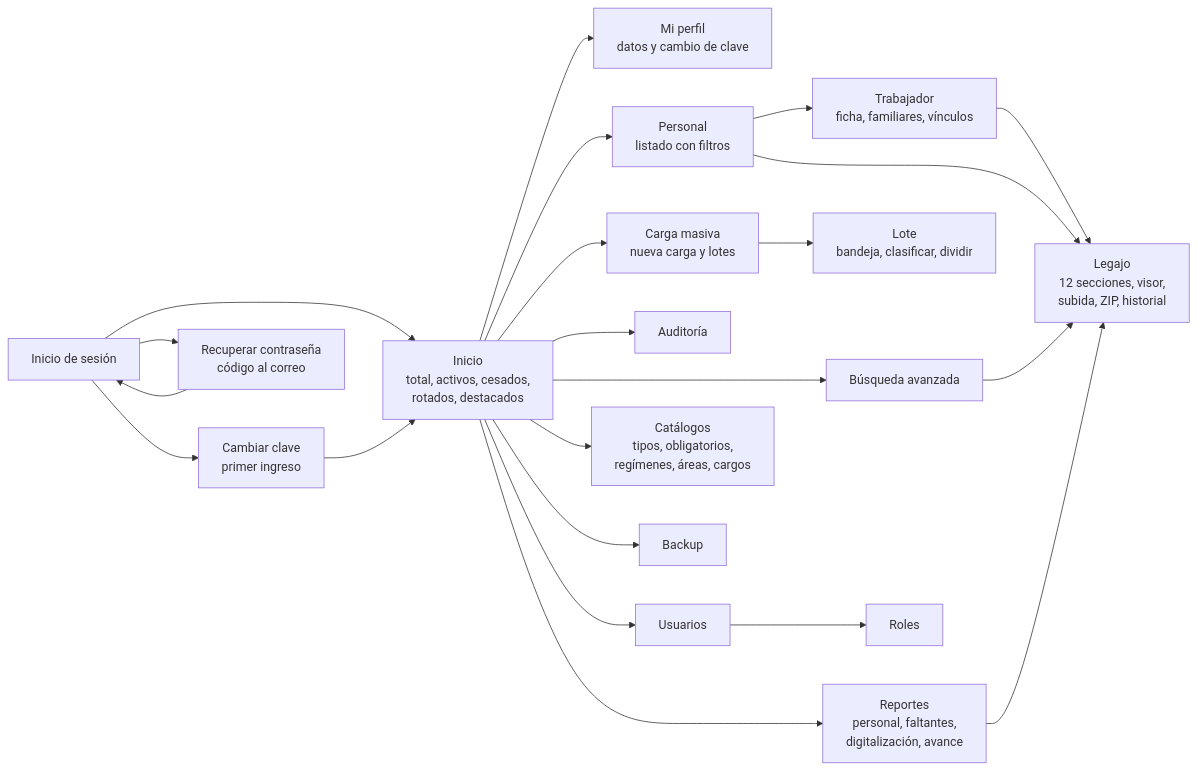
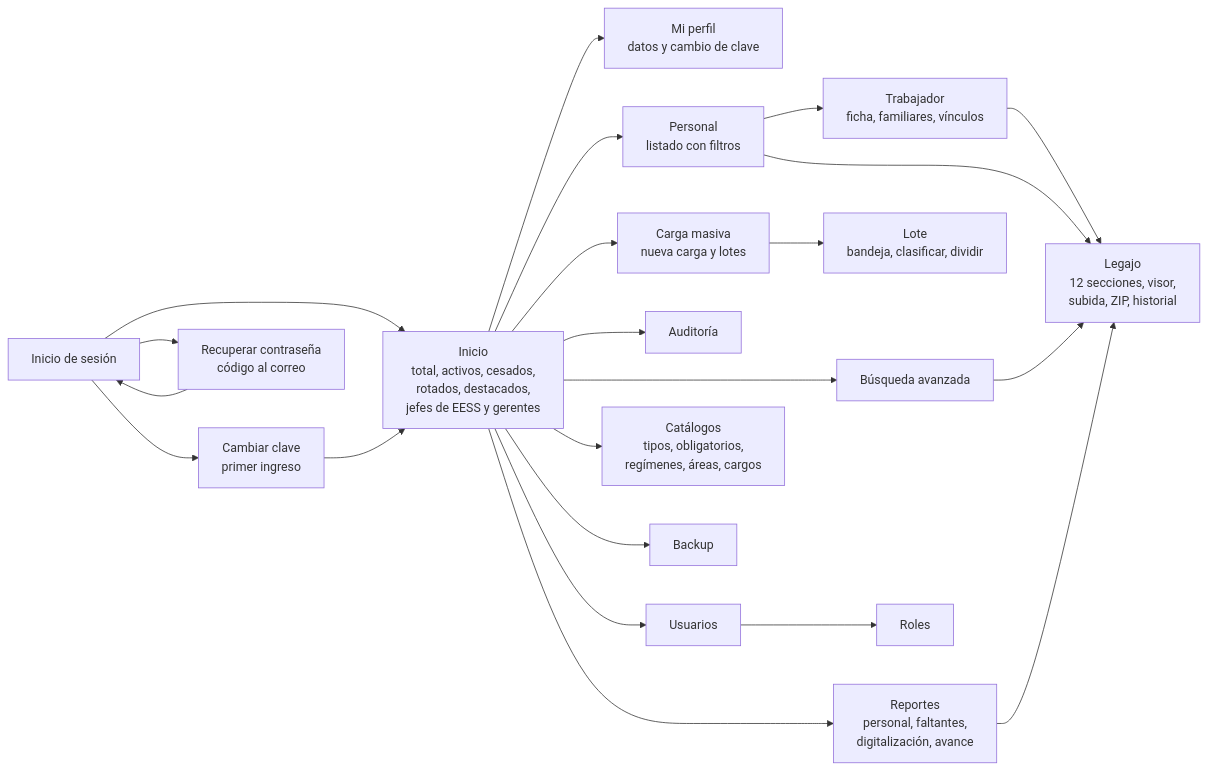
Diagram 22 of 22 in README.md (Jose27luis/legajo), drawn with Mermaid before and after one commit. The commit also changed other lines of this file, not shown here.

Commit message:
docs: tabla de jefaturas en el inicio

````diff
--- a/README.md
+++ b/README.md
@@ -1327,24 +1329,24 @@
 ```mermaid
 flowchart LR
     LOGIN["Inicio de sesión"] --> CC["Cambiar clave<br/>primer ingreso"]
     LOGIN --> REC["Recuperar contraseña<br/>código al correo"]
     REC --> LOGIN
-    LOGIN --> INI["Inicio<br/>total, activos, cesados,<br/>rotados, destacados"]
+    LOGIN --> INI["Inicio<br/>total, activos, cesados,<br/>rotados, destacados,<br/>jefes de EESS y gerentes"]
     INI --> PRF["Mi perfil<br/>datos y cambio de clave"]
     CC --> INI
     INI --> PER["Personal<br/>listado con filtros"]
     PER --> TRA["Trabajador<br/>ficha, familiares, vínculos"]
     TRA --> LEG["Legajo<br/>12 secciones, visor,<br/>subida, ZIP, historial"]
     PER --> LEG
     INI --> BUS["Búsqueda avanzada"]
     BUS --> LEG
     INI --> CM["Carga masiva<br/>nueva carga y lotes"]
     CM --> LOT["Lote<br/>bandeja, clasificar, dividir"]
     INI --> REP["Reportes<br/>personal, faltantes,<br/>digitalización, avance"]
     REP --> LEG
     INI --> AUD["Auditoría"]
     INI --> USU["Usuarios"]
     USU --> ROL["Roles"]
     INI --> CAT["Catálogos<br/>tipos, obligatorios,<br/>regímenes, áreas, cargos"]
     INI --> BAK["Backup"]
 ```
````
